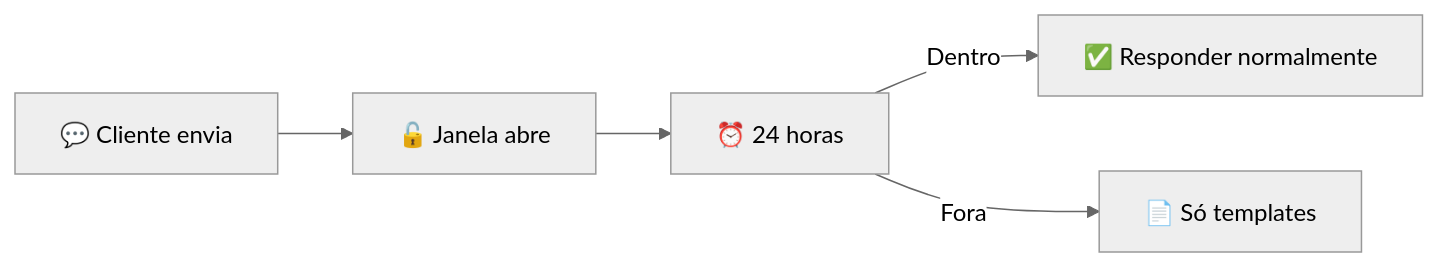
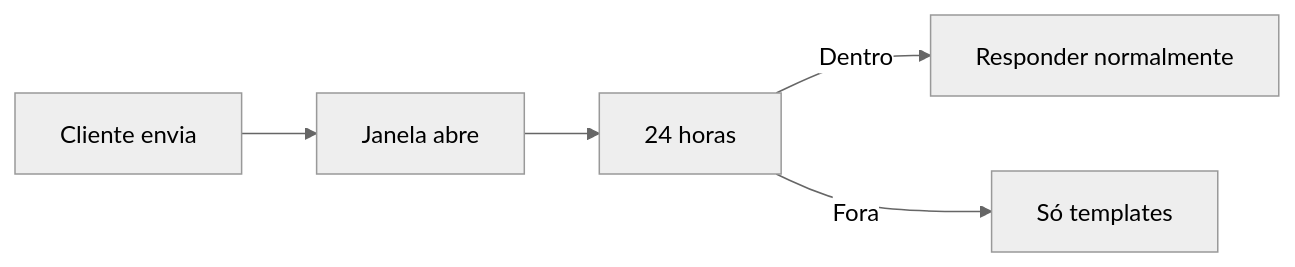
The third of 4 diagrams in contents/guides/canais.md (AgendoCerto/docs), drawn with Mermaid (neutral theme) before and after one commit. The commit also changed other lines of this file and 6 other files, not shown here.

````diff
--- a/contents/guides/canais.md
+++ b/contents/guides/canais.md
@@ -138,7 +133,7 @@
 ```mermaid
 graph LR
-    A[💬 Cliente envia] --> B[🔓 Janela abre]
-    B --> C[⏰ 24 horas]
-    C -->|Dentro| D[✅ Responder normalmente]
-    C -->|Fora| E[📄 Só templates]
+    A[Cliente envia] --> B[Janela abre]
+    B --> C[24 horas]
+    C -->|Dentro| D[Responder normalmente]
+    C -->|Fora| E[Só templates]
 ```
````
